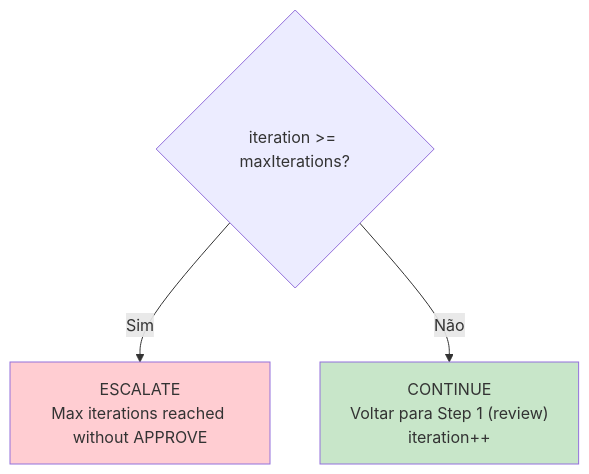
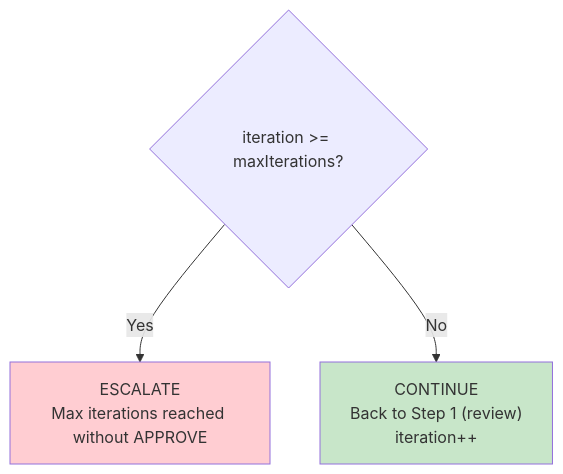
One commit to CyryxLabs/AEXOS changed the fifth of 10 diagrams in docs/aexos-workflows/qa-loop-workflow.md. Above: the diagram before and after it, drawn with Mermaid. The commit also changed other lines of this file and 528 other files, not shown here.

````diff
--- a/docs/aexos-workflows/qa-loop-workflow.md
+++ b/docs/aexos-workflows/qa-loop-workflow.md
@@ -380,10 +380,10 @@
 ```mermaid
 flowchart TD
     I{"iteration >= maxIterations?"}
 
-    I -->|"Sim"| E["ESCALATE<br/>Max iterations reached without APPROVE"]
-    I -->|"Não"| C["CONTINUE<br/>Voltar para Step 1 (review)<br/>iteration++"]
+    I -->|"Yes"| E["ESCALATE<br/>Max iterations reached without APPROVE"]
+    I -->|"No"| C["CONTINUE<br/>Back to Step 1 (review)<br/>iteration++"]
 
     style E fill:#ffcdd2
     style C fill:#c8e6c9
 ```
````
